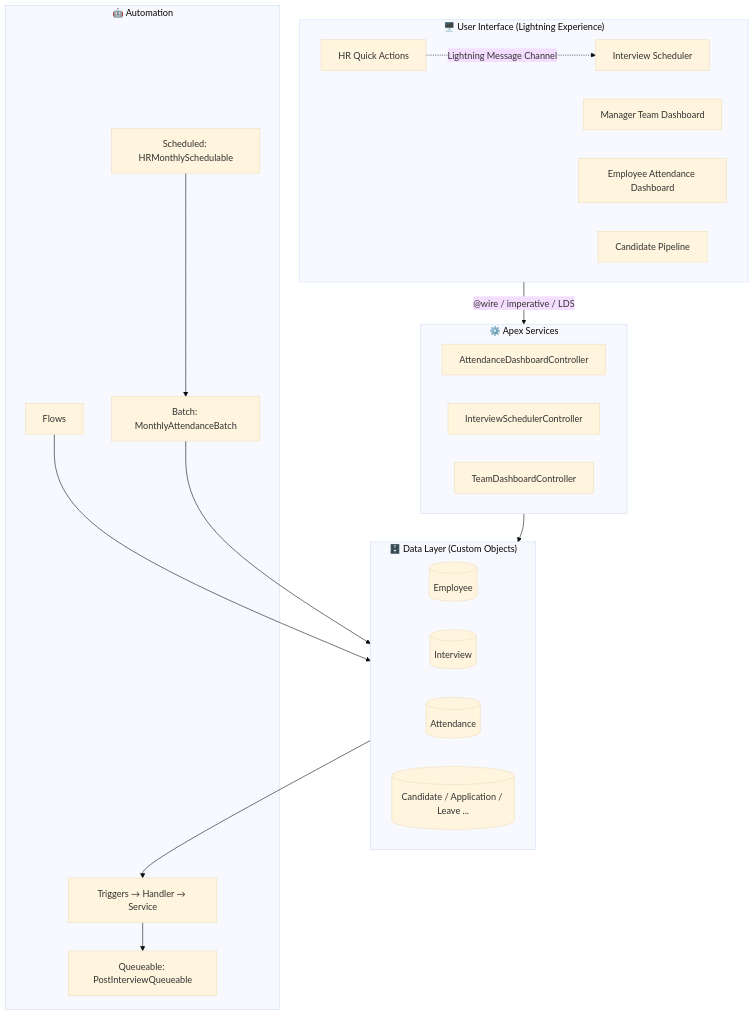
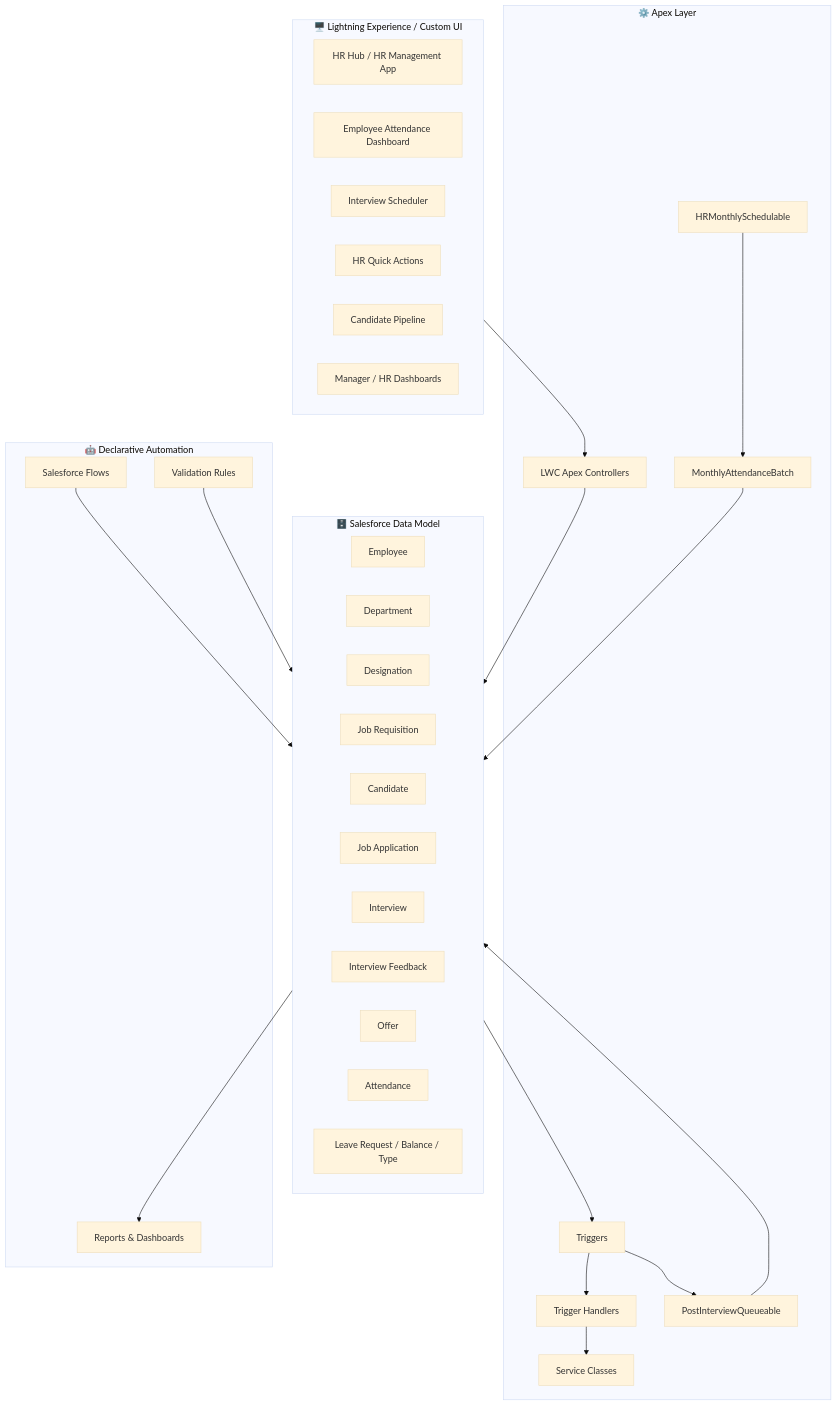
Before and after one commit to farhanimdad/HR-Work-Management-System: the first of 3 diagrams in README.md, drawn with Mermaid (base theme). The commit also changed other lines of this file, not shown here.

````diff
--- a/README.md
+++ b/README.md
@@ -38,39 +50,55 @@
 ```mermaid
 flowchart TD
-    subgraph UI["🖥️ User Interface (Lightning Experience)"]
-        QA[HR Quick Actions]
-        IS[Interview Scheduler]
-        TD[Manager Team Dashboard]
-        AD[Employee Attendance Dashboard]
-        CP[Candidate Pipeline]
+
+    subgraph UI["🖥️ Lightning Experience / Custom UI"]
+        HUB["HR Hub / HR Management App"]
+        EA["Employee Attendance Dashboard"]
+        IS["Interview Scheduler"]
+        QA["HR Quick Actions"]
+        CP["Candidate Pipeline"]
+        MD["Manager / HR Dashboards"]
     end
 
-    subgraph SRV["⚙️ Apex Services"]
-        C1[AttendanceDashboardController]
-        C2[InterviewSchedulerController]
-        C3[TeamDashboardController]
+    subgraph APEX["⚙️ Apex Layer"]
+        TRG["Triggers"]
+        HND["Trigger Handlers"]
+        SRV["Service Classes"]
+        BATCH["MonthlyAttendanceBatch"]
+        QUE["PostInterviewQueueable"]
+        SCH["HRMonthlySchedulable"]
+        CTRL["LWC Apex Controllers"]
     end
 
-    subgraph DATA["🗄️ Data Layer (Custom Objects)"]
-        EMP[(Employee)]
-        INT[(Interview)]
-        ATT[(Attendance)]
-        OTH[(Candidate / Application / Leave ...)]
+    subgraph DECL["🤖 Declarative Automation"]
+        FLOW["Salesforce Flows"]
+        VR["Validation Rules"]
+        RP["Reports & Dashboards"]
     end
 
-    subgraph AUTO["🤖 Automation"]
-        TRG[Triggers → Handler → Service]
-        FL[Flows]
-        BAT[Batch: MonthlyAttendanceBatch]
-        QUE[Queueable: PostInterviewQueueable]
-        SCH[Scheduled: HRMonthlySchedulable]
+    subgraph DATA["🗄️ Salesforce Data Model"]
+        EMP["Employee"]
+        DEPT["Department"]
+        DES["Designation"]
+        JR["Job Requisition"]
+        CAN["Candidate"]
+        APP["Job Application"]
+        INT["Interview"]
+        FB["Interview Feedback"]
+        OFF["Offer"]
+        ATT["Attendance"]
+        LEAVE["Leave Request / Balance / Type"]
     end
 
-    UI -->|"@wire / imperative / LDS"| SRV
-    SRV --> DATA
+    UI --> CTRL
+    CTRL --> DATA
     DATA --> TRG
-    FL --> DATA
-    SCH --> BAT --> DATA
+    TRG --> HND
+    HND --> SRV
+    FLOW --> DATA
+    VR --> DATA
+    SCH --> BATCH
+    BATCH --> DATA
     TRG --> QUE
-    QA -. "Lightning Message Channel" .-> IS
+    QUE --> DATA
+    DATA --> RP
 ```
````
